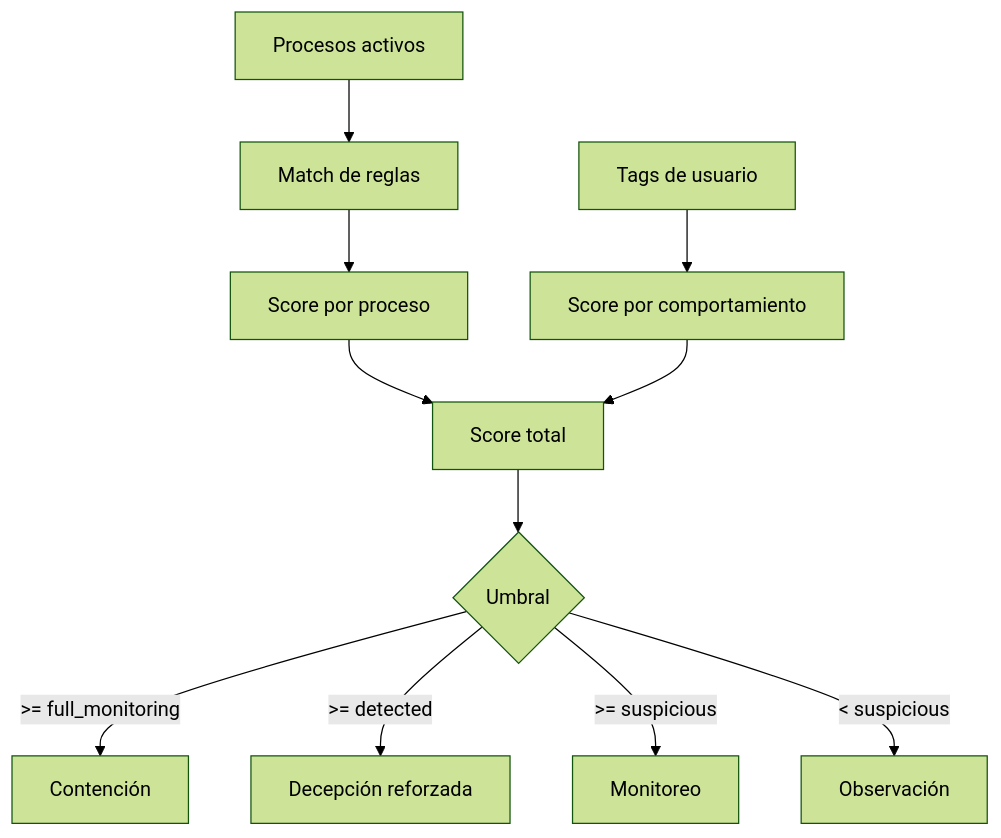
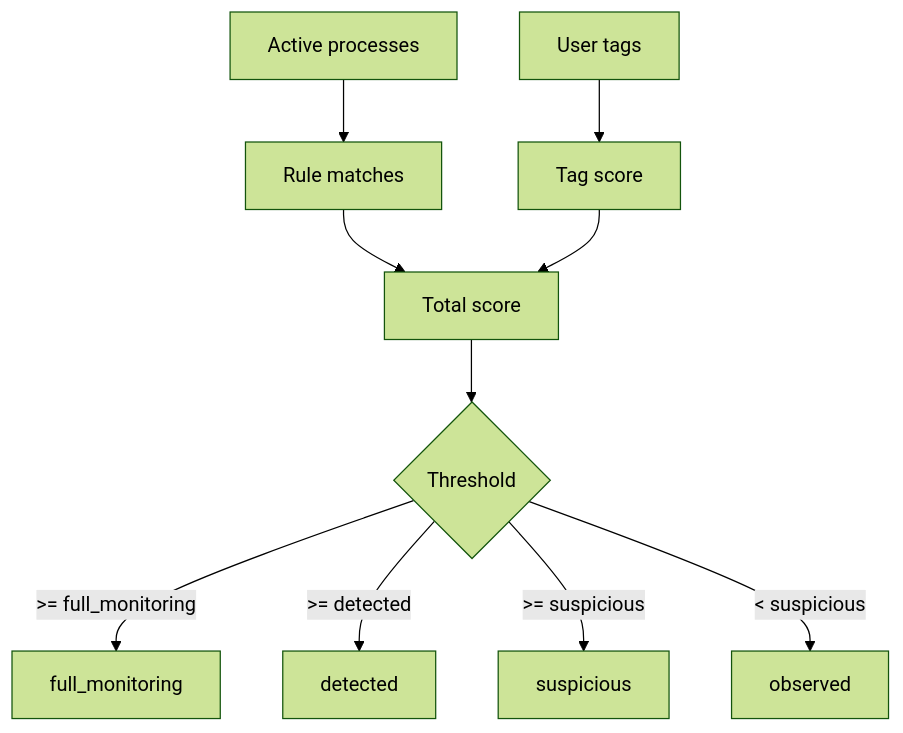
One commit to srwangcr/Guardian_Graph_System changed the fourth of 4 diagrams in readme.md. Above: the diagram before and after it, drawn with Mermaid (forest theme). The commit also changed other lines of this file and 1 other file, not shown here.

````diff
--- a/readme.md
+++ b/readme.md
@@ -104,13 +113,12 @@
 ```mermaid
 flowchart TD
-    A[Procesos activos] --> B[Match de reglas]
-    B --> C[Score por proceso]
-    D[Tags de usuario] --> E[Score por comportamiento]
-    C --> F[Score total]
-    E --> F
-    F --> G{Umbral}
-    G -->|>= full_monitoring| H[Contención]
-    G -->|>= detected| I[Decepción reforzada]
-    G -->|>= suspicious| J[Monitoreo]
-    G -->|< suspicious| K[Observación]
+    A[Active processes] --> B[Rule matches]
+    C[User tags] --> D[Tag score]
+    B --> E[Total score]
+    D --> E
+    E --> F{Threshold}
+    F -->|>= full_monitoring| G[full_monitoring]
+    F -->|>= detected| H[detected]
+    F -->|>= suspicious| I[suspicious]
+    F -->|< suspicious| J[observed]
 ```
````
